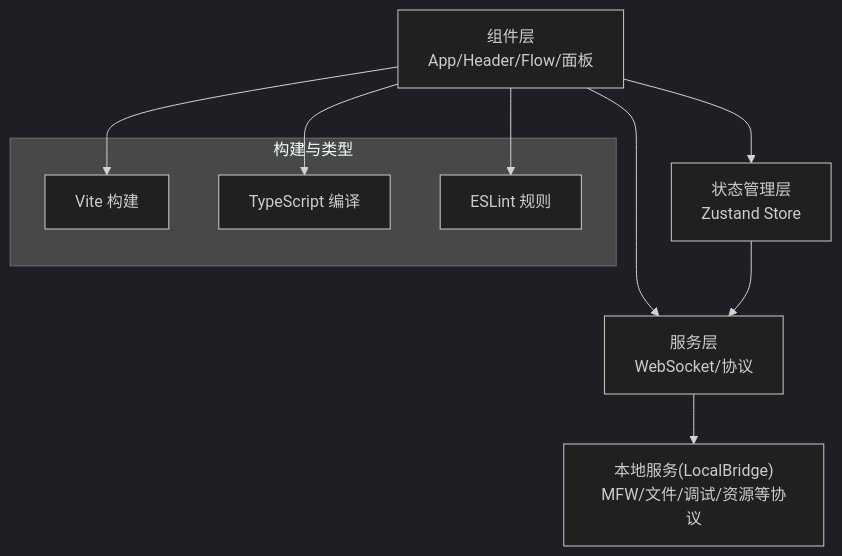
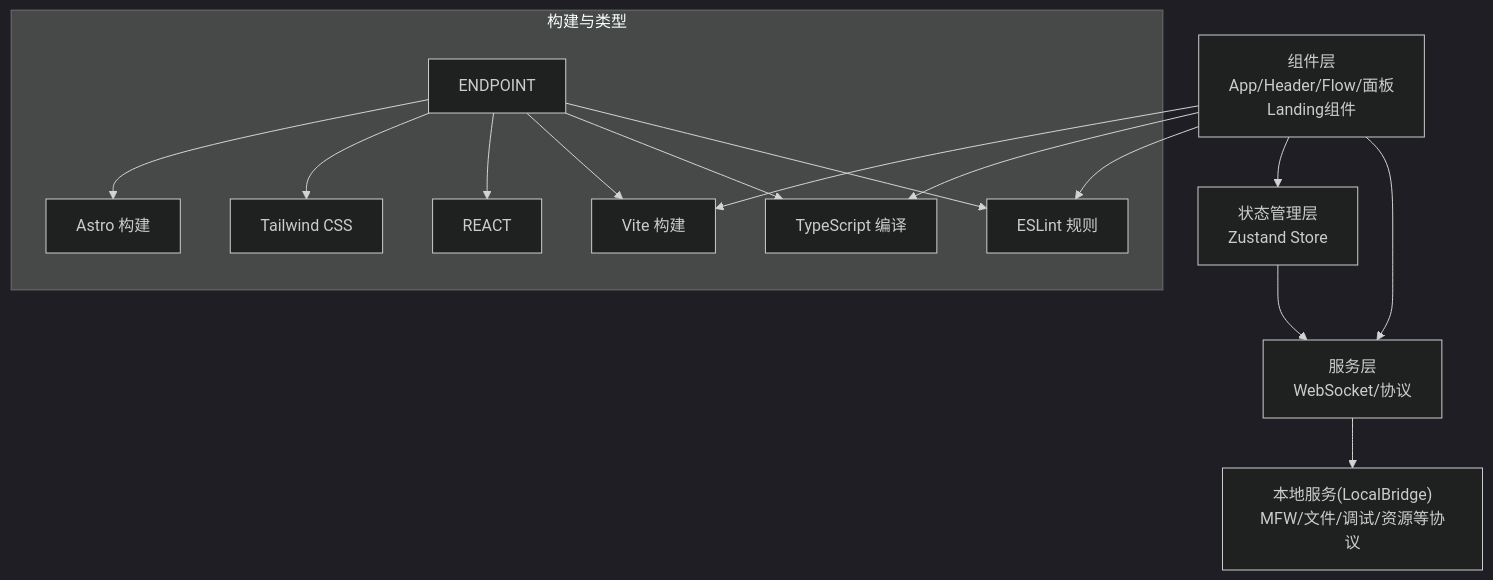
One commit to kqcoxn/MaaPipelineEditor changed the second of 9 diagrams in .qoder/repowiki/zh/content/开发者指南/代码结构说明/前端架构设计/前端架构设计.md. Above: the diagram before and after it, drawn with Mermaid (dark theme). The commit also changed other lines of this file and 50 other files, not shown here.

````diff
--- a/.qoder/repowiki/zh/content/开发者指南/代码结构说明/前端架构设计/前端架构设计.md
+++ b/.qoder/repowiki/zh/content/开发者指南/代码结构说明/前端架构设计/前端架构设计.md
@@ -103,15 +137,23 @@
 ```mermaid
 graph TB
-UI["组件层<br/>App/Header/Flow/面板"] --> STORE["状态管理层<br/>Zustand Store"]
+UI["组件层<br/>App/Header/Flow/面板<br/>Landing组件"] --> STORE["状态管理层<br/>Zustand Store"]
 UI --> SERVICE["服务层<br/>WebSocket/协议"]
 STORE --> SERVICE
 SERVICE --> BACKEND["本地服务(LocalBridge)<br/>MFW/文件/调试/资源等协议"]
 subgraph "构建与类型"
 VITE["Vite 构建"]
+ASTRO["Astro 构建"]
 TS["TypeScript 编译"]
 ESLINT["ESLint 规则"]
+TAILWIND["Tailwind CSS"]
+ENDPOINT --> ASTRO
+ENDPOINT --> TAILWIND
+ENDPOINT --> REACT
+ENDPOINT --> VITE
+ENDPOINT --> TS
+ENDPOINT --> ESLINT
 end
 UI --> VITE
 UI --> TS
 UI --> ESLINT
 ```
````
